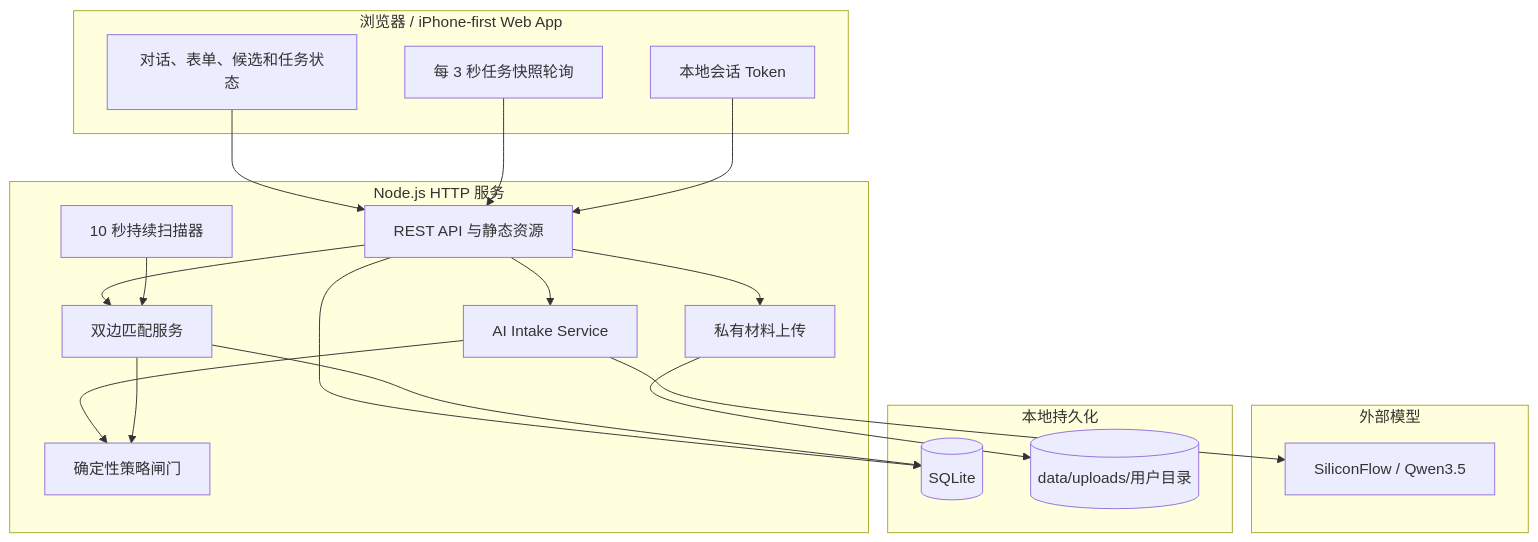
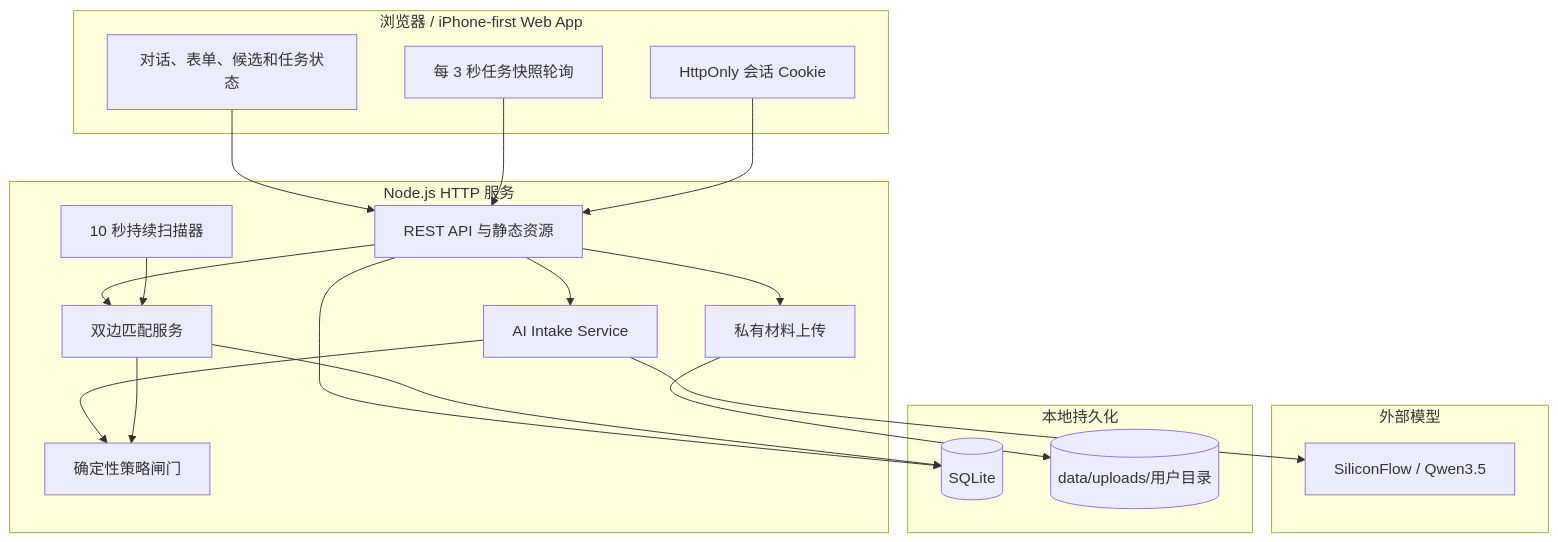
Before and after one commit to tank798/AI-native-rental-platform: the second of 2 diagrams in README.md, drawn with Mermaid. The commit also changed other lines of this file and 28 other files, not shown here.

````diff
--- a/README.md
+++ b/README.md
@@ -146,40 +146,40 @@
 ```mermaid
 flowchart TB
     subgraph Browser[浏览器 / iPhone-first Web App]
         UI[对话、表单、候选和任务状态]
         Poll[每 3 秒任务快照轮询]
-        Session[本地会话 Token]
+        Session[HttpOnly 会话 Cookie]
     end
 
     subgraph Server[Node.js HTTP 服务]
         API[REST API 与静态资源]
         Intake[AI Intake Service]
         Policy[确定性策略闸门]
         Match[双边匹配服务]
         Scheduler[10 秒持续扫描器]
         Upload[私有材料上传]
     end
 
     subgraph Provider[外部模型]
         Qwen[SiliconFlow / Qwen3.5]
     end
 
     subgraph Storage[本地持久化]
         SQLite[(SQLite)]
         Files[(data/uploads/用户目录)]
     end
 
     UI --> API
     Poll --> API
     Session --> API
     API --> Intake
     Intake --> Qwen
     Intake --> Policy
     API --> Upload
     API --> Match
     Scheduler --> Match
     Match --> Policy
     API --> SQLite
     Match --> SQLite
     Upload --> Files
 ```
````
